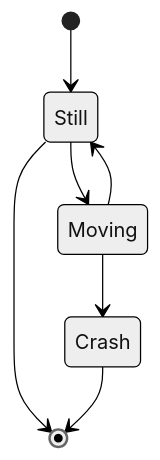
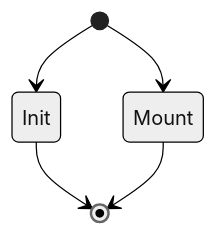
Before and after one commit to Wilfongjt/lb-A: the diagram in README.md, drawn with Mermaid (neutral theme).

````diff
--- a/README.md
+++ b/README.md
@@ -4,10 +4,9 @@
 ```mermaid
 stateDiagram
-    [*] --> Still
-    Still --> [*]
-
-    Still --> Moving
-    Moving --> Still
-    Moving --> Crash
-    Crash --> [*]
+    [*] --> Init
+    [*] --> Mount
+    Init --> [*]
+    Mount --> [*]
+    
+    
 ```
````
